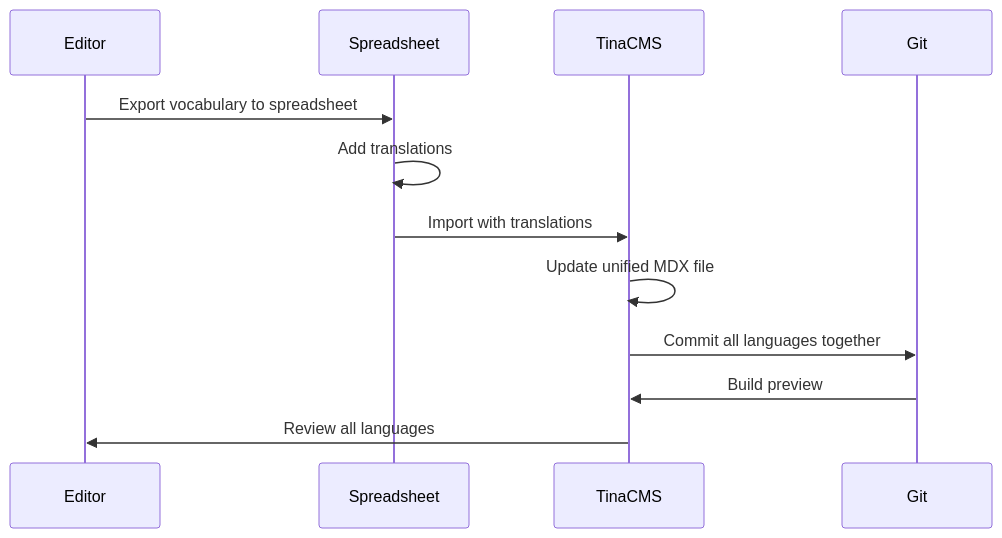
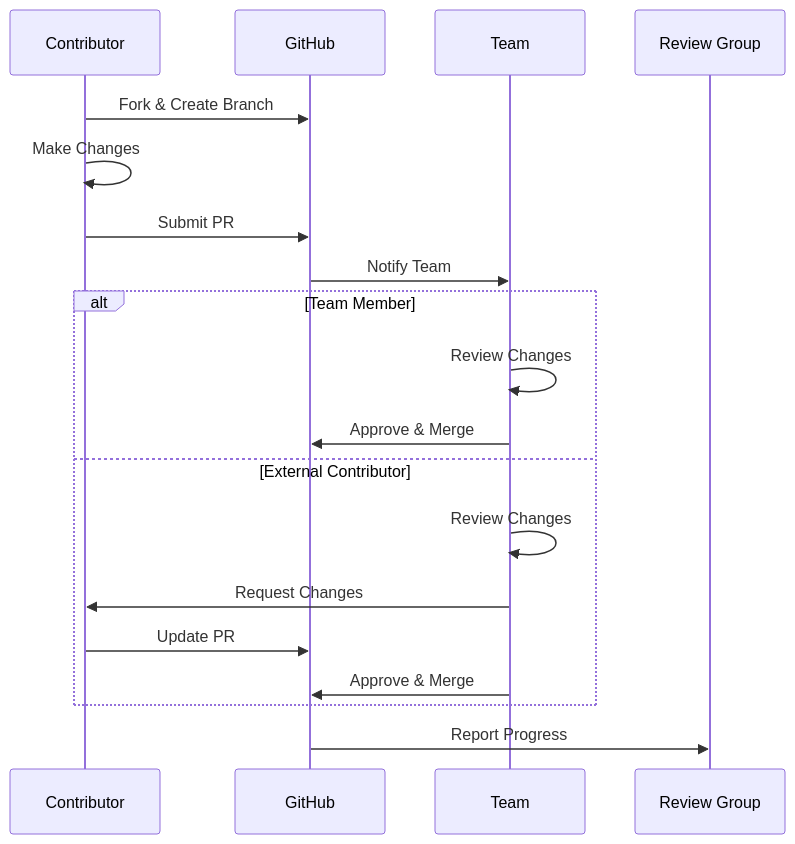
One commit to iflastandards/platform changed the second of 3 diagrams in system-design-docs/09-collaboration-architecture.md. Above: the diagram before and after it, drawn with Mermaid. The commit also changed other lines of this file and 47 other files, not shown here.

````diff
--- a/system-design-docs/09-collaboration-architecture.md
+++ b/system-design-docs/09-collaboration-architecture.md
@@ -1051,15 +184,24 @@
 ```mermaid
 sequenceDiagram
-    participant E as Editor
-    participant S as Spreadsheet
-    participant T as TinaCMS
-    participant G as Git
+    participant C as Contributor
+    participant GH as GitHub
+    participant T as Team
+    participant RG as Review Group
     
-    E->>S: Export vocabulary to spreadsheet
-    S->>S: Add translations
-    S->>T: Import with translations
-    T->>T: Update unified MDX file
-    T->>G: Commit all languages together
-    G->>T: Build preview
-    T->>E: Review all languages
+    C->>GH: Fork & Create Branch
+    C->>C: Make Changes
+    C->>GH: Submit PR
+    GH->>T: Notify Team
+    
+    alt Team Member
+        T->>T: Review Changes
+        T->>GH: Approve & Merge
+    else External Contributor
+        T->>T: Review Changes
+        T->>C: Request Changes
+        C->>GH: Update PR
+        T->>GH: Approve & Merge
+    end
+    
+    GH->>RG: Report Progress
 ```
````
